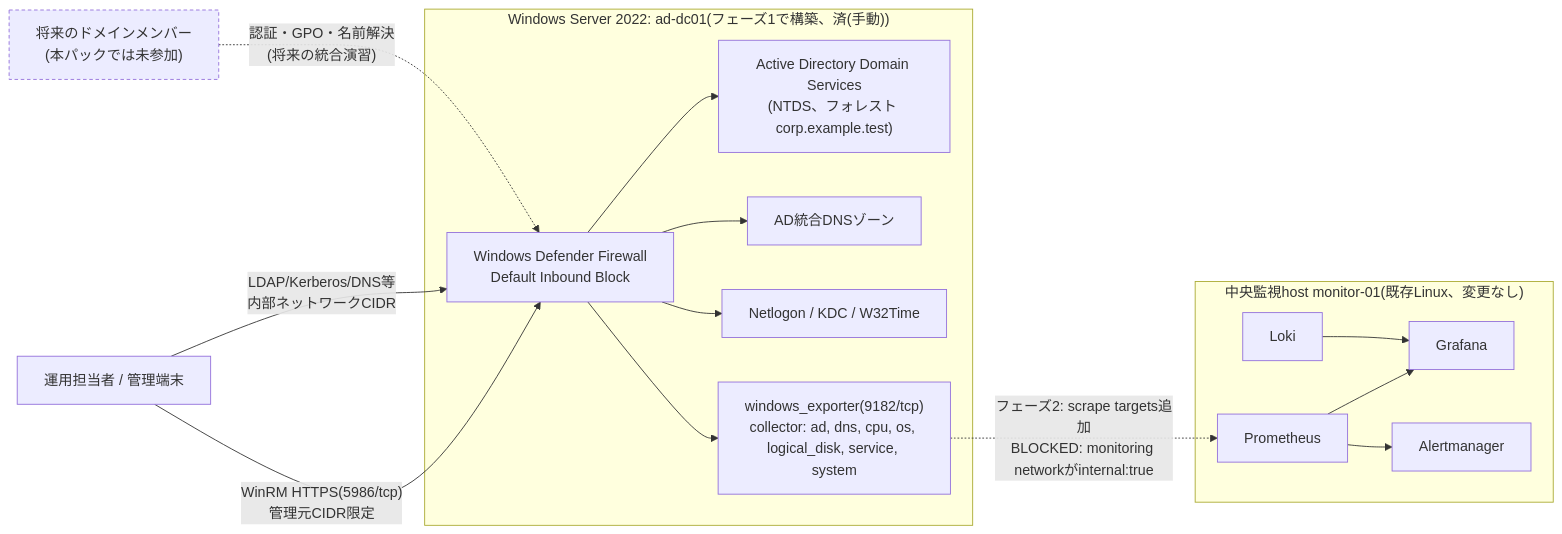
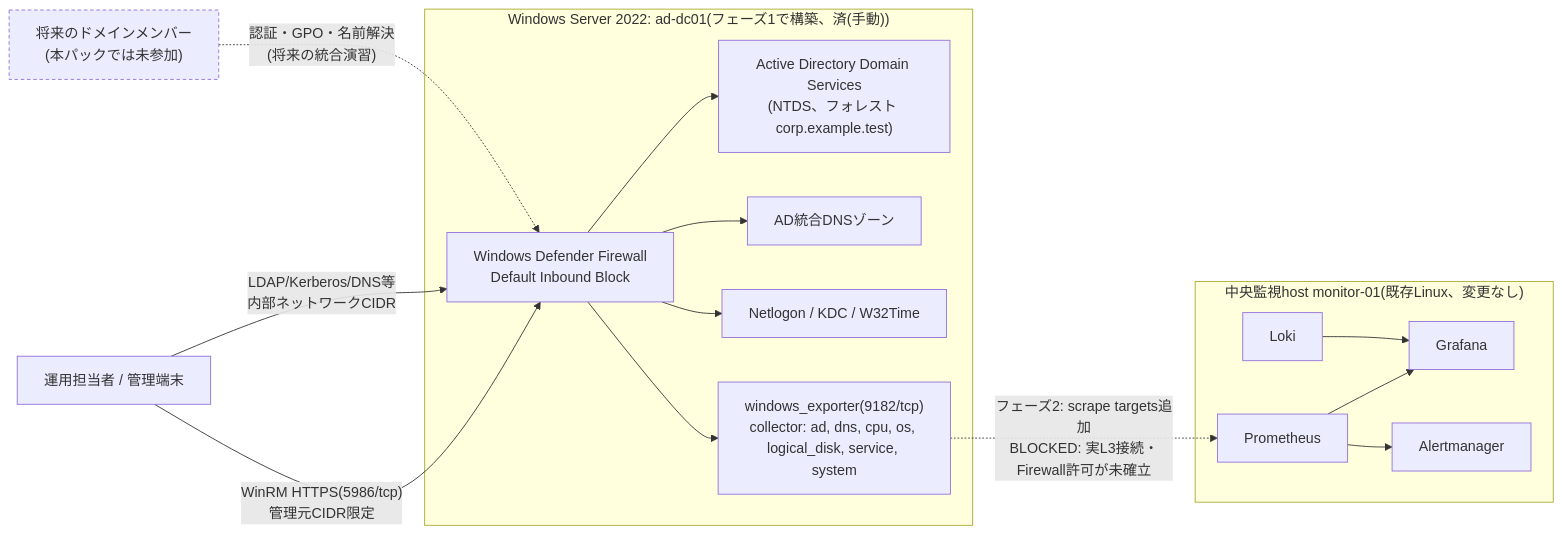
Before and after one commit to ns7jp/server: the diagram in docs/build-package-ad/01-basic-design.md, drawn with Mermaid. The commit also changed other lines of this file and 35 other files, not shown here.

````diff
--- a/docs/build-package-ad/01-basic-design.md
+++ b/docs/build-package-ad/01-basic-design.md
@@ -46,33 +46,33 @@
 ```mermaid
 flowchart LR
     Admin["運用担当者 / 管理端末"] -->|"WinRM HTTPS(5986/tcp)\n管理元CIDR限定"| FW
     Admin -->|"LDAP/Kerberos/DNS等\n内部ネットワークCIDR"| FW
     Client["将来のドメインメンバー\n(本パックでは未参加)"] -.->|"認証・GPO・名前解決\n(将来の統合演習)"| FW
 
     subgraph DCHost["Windows Server 2022: ad-dc01(フェーズ1で構築、済(手動))"]
         FW["Windows Defender Firewall\nDefault Inbound Block"]
         NTDS["Active Directory Domain Services\n(NTDS、フォレスト corp.example.test)"]
         DNS["AD統合DNSゾーン"]
         Netlogon["Netlogon / KDC / W32Time"]
         WinExp["windows_exporter(9182/tcp)\ncollector: ad, dns, cpu, os, logical_disk, service, system"]
         FW --> NTDS
         FW --> DNS
         FW --> Netlogon
         FW --> WinExp
     end
 
     subgraph Central["中央監視host monitor-01(既存Linux、変更なし)"]
         Prom["Prometheus"]
         Graf["Grafana"]
         AM["Alertmanager"]
         Loki["Loki"]
         Prom --> Graf
         Prom --> AM
         Loki --> Graf
     end
 
-    WinExp -.->|"フェーズ2: scrape targets追加\nBLOCKED: monitoring networkがinternal:true"| Prom
+    WinExp -.->|"フェーズ2: scrape targets追加\nBLOCKED: 実L3接続・Firewall許可が未確立"| Prom
 
     classDef future stroke-dasharray: 4 3;
     class Client future;
 ```
````
